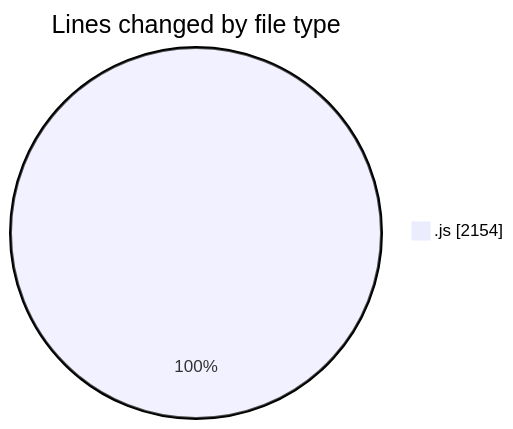
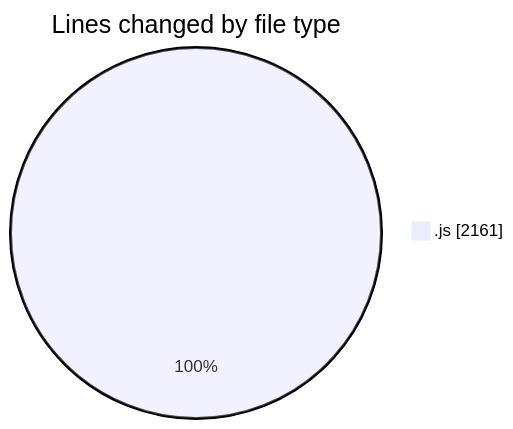
Before and after one commit to nxtqubesakshisongat/code-tracking: the first of 2 diagrams in 2025-10-16/nxtqube_webapp/README.md, drawn with Mermaid. The commit also changed other lines of this file and 1 other file, not shown here.

````diff
--- a/2025-10-16/nxtqube_webapp/README.md
+++ b/2025-10-16/nxtqube_webapp/README.md
@@ -20,5 +20,5 @@
 ```mermaid
 pie showData
 title Lines changed by file type
-".js" : 2154
+".js" : 2161
 ```
````
